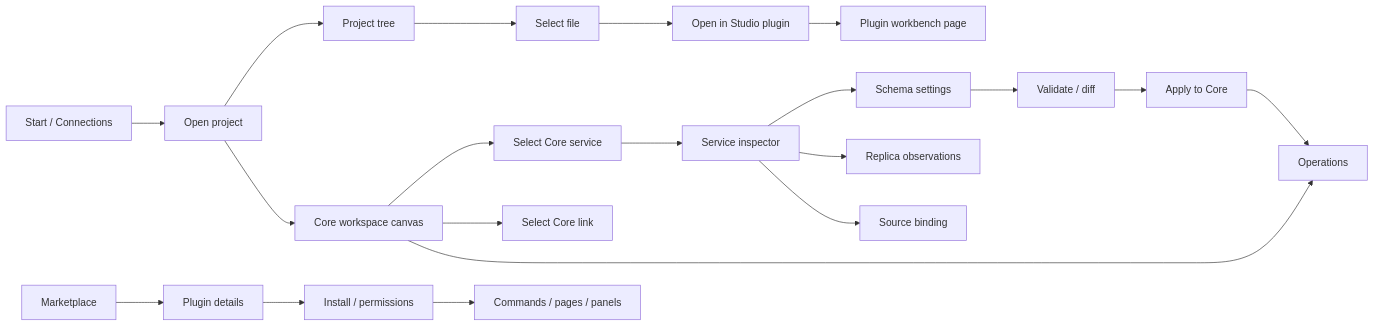
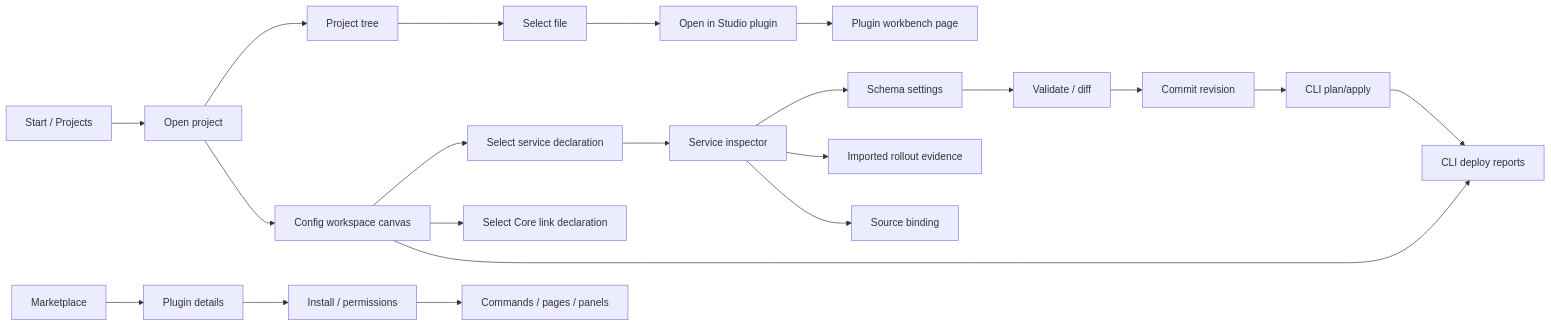
The diagram in docs/diagrams/studio-pages.mmd (Liapoldus/studio), drawn with Mermaid before and after one commit. The commit also changed 8 other files, not shown here.

```diff
--- a/docs/diagrams/studio-pages.mmd
+++ b/docs/diagrams/studio-pages.mmd
@@ -1,20 +1,21 @@
 flowchart LR
-    Start["Start / Connections"] --> Project["Open project"]
+    Start["Start / Projects"] --> Project["Open project"]
     Project --> Tree["Project tree"]
-    Project --> Canvas["Core workspace canvas"]
-    Canvas --> Service["Select Core service"]
-    Canvas --> Link["Select Core link"]
-    Canvas --> Ops["Operations"]
+    Project --> Canvas["Config workspace canvas"]
+    Canvas --> Service["Select service declaration"]
+    Canvas --> Link["Select Core link declaration"]
+    Canvas --> Ops["CLI deploy reports"]
     Service --> Inspector["Service inspector"]
     Inspector --> Settings["Schema settings"]
-    Inspector --> Replicas["Replica observations"]
+    Inspector --> Replicas["Imported rollout evidence"]
     Inspector --> Source["Source binding"]
     Settings --> Validate["Validate / diff"]
-    Validate --> Apply["Apply to Core"]
+    Validate --> Commit["Commit revision"]
+    Commit --> Apply["CLI plan/apply"]
     Apply --> Ops
     Tree --> File["Select file"]
     File --> Plugin["Open in Studio plugin"]
     Plugin --> Page["Plugin workbench page"]
     Marketplace["Marketplace"] --> Details["Plugin details"]
     Details --> Install["Install / permissions"]
     Install --> Host["Commands / pages / panels"]
```
